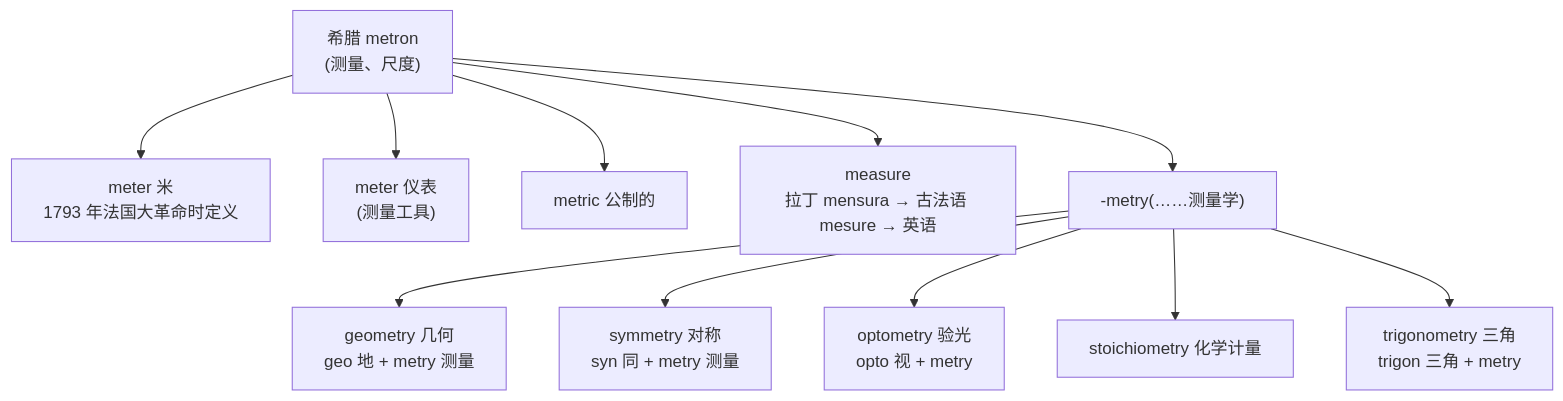
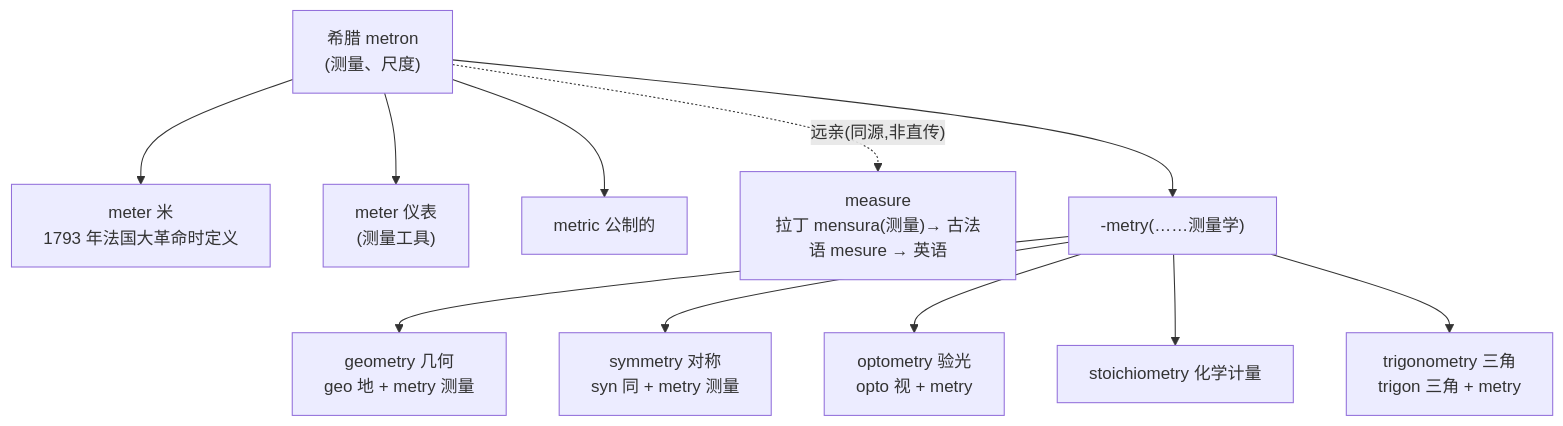
The fifth of 7 diagrams in 03-希腊之光/第18章-学科的词根.md (swiftczz/roots-affixes-book), drawn with Mermaid before and after one commit. The commit also changed 14 other files, not shown here.

First line of the commit message:
fix: 全书二轮审阅修正——词源准确性、关系图箭头、历史叙述限定

````diff
--- a/03-希腊之光/第18章-学科的词根.md
+++ b/03-希腊之光/第18章-学科的词根.md
@@ -183,14 +183,14 @@
 ```mermaid
 flowchart TD
     metron["希腊 metron<br/>(测量、尺度)"]
     metron --> m1["meter 米<br/>1793 年法国大革命时定义"]
     metron --> m2["meter 仪表<br/>(测量工具)"]
     metron --> m3["metric 公制的"]
-    metron --> m4["measure<br/>拉丁 mensura → 古法语 mesure → 英语"]
+    metron -.->|"远亲(同源,非直传)"| m4["measure<br/>拉丁 mensura(测量)→ 古法语 mesure → 英语"]
     metron --> metry["-metry(……测量学)"]
     metry --> geometry["geometry 几何<br/>geo 地 + metry 测量"]
     metry --> symmetry["symmetry 对称<br/>syn 同 + metry 测量"]
     metry --> optometry["optometry 验光<br/>opto 视 + metry"]
     metry --> stoichiometry["stoichiometry 化学计量"]
     metry --> trigonometry["trigonometry 三角<br/>trigon 三角 + metry"]
 ```
````
